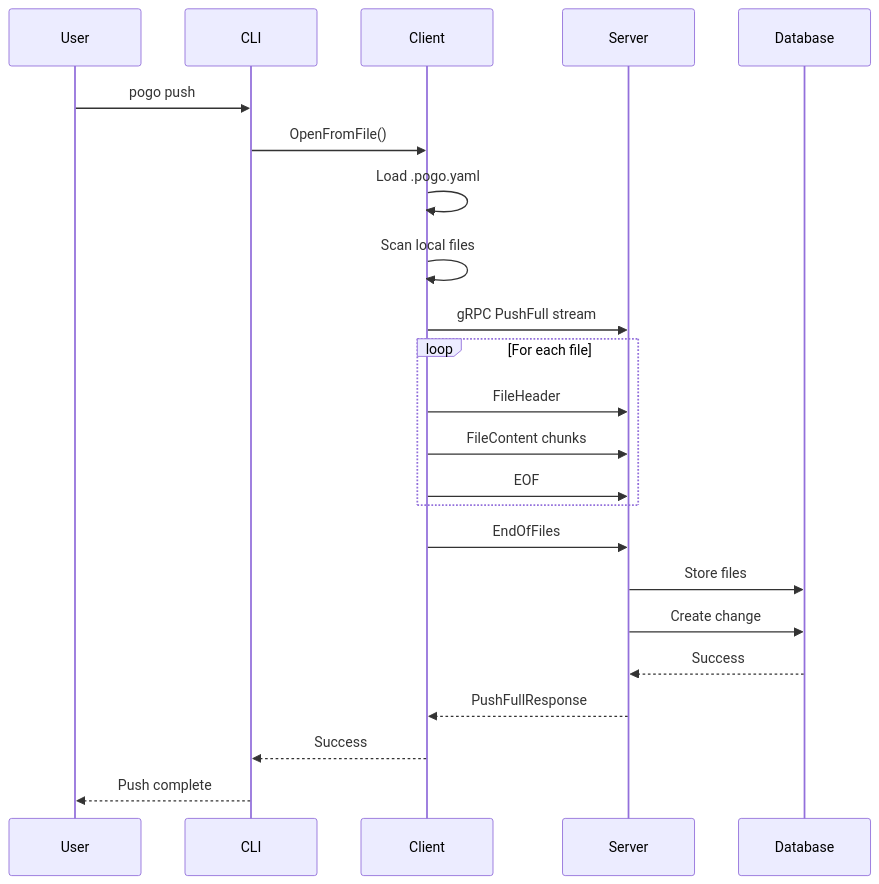
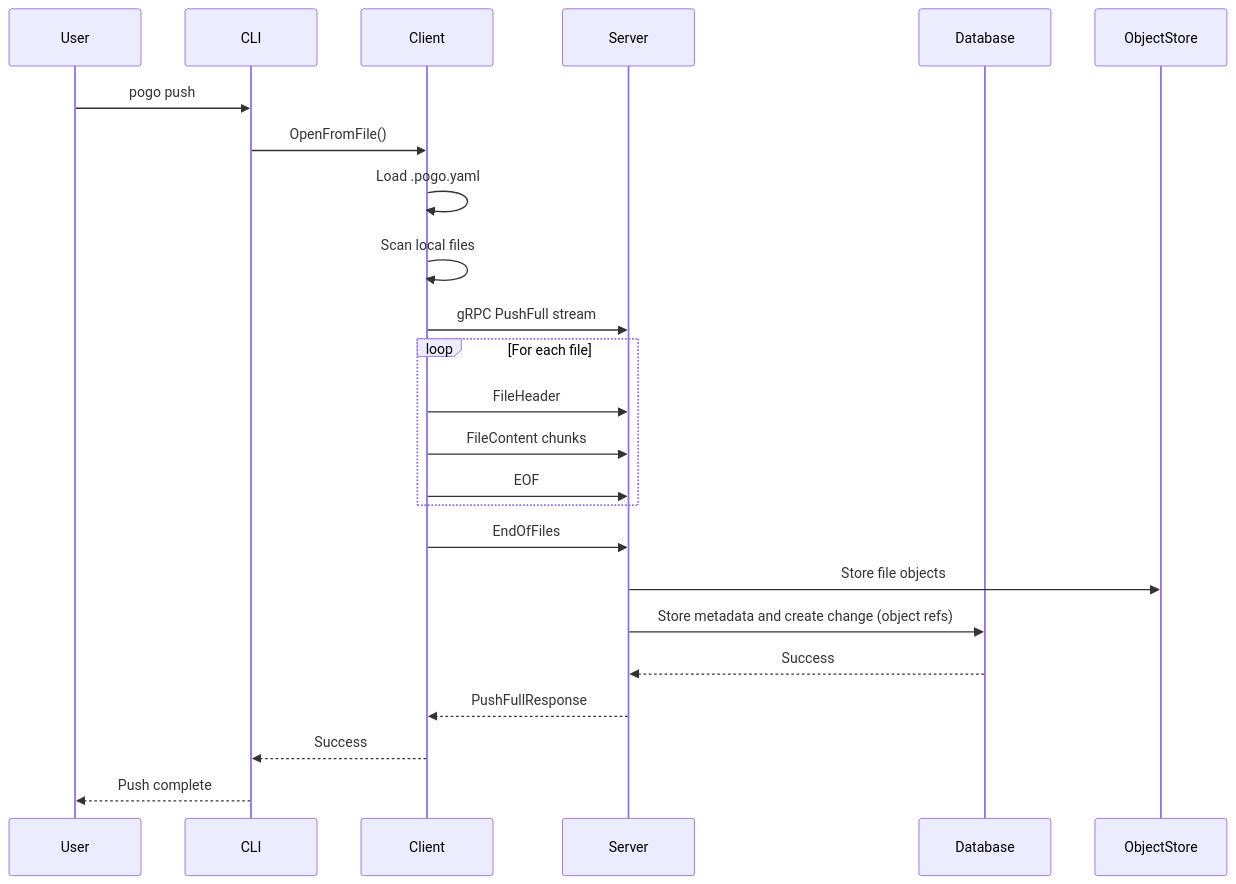
One commit to pogo-vcs/pogo changed the seventh of 8 diagrams in ARCHITECTURE.md. Above: the diagram before and after it, drawn with Mermaid. The commit also changed other lines of this file and 1 other file, not shown here.

Commit message:
docs: add object store to architecture diagram

````diff
--- a/ARCHITECTURE.md
+++ b/ARCHITECTURE.md
@@ -308,26 +325,27 @@
 ```mermaid
 sequenceDiagram
     participant User
     participant CLI
     participant Client
     participant Server
     participant Database
-    
+    participant ObjectStore
+
     User->>CLI: pogo push
     CLI->>Client: OpenFromFile()
     Client->>Client: Load .pogo.yaml
     Client->>Client: Scan local files
     Client->>Server: gRPC PushFull stream
     loop For each file
         Client->>Server: FileHeader
         Client->>Server: FileContent chunks
         Client->>Server: EOF
     end
     Client->>Server: EndOfFiles
-    Server->>Database: Store files
-    Server->>Database: Create change
+    Server->>ObjectStore: Store file objects
+    Server->>Database: Store metadata and create change (object refs)
     Database-->>Server: Success
     Server-->>Client: PushFullResponse
     Client-->>CLI: Success
     CLI-->>User: Push complete
 ```
````
